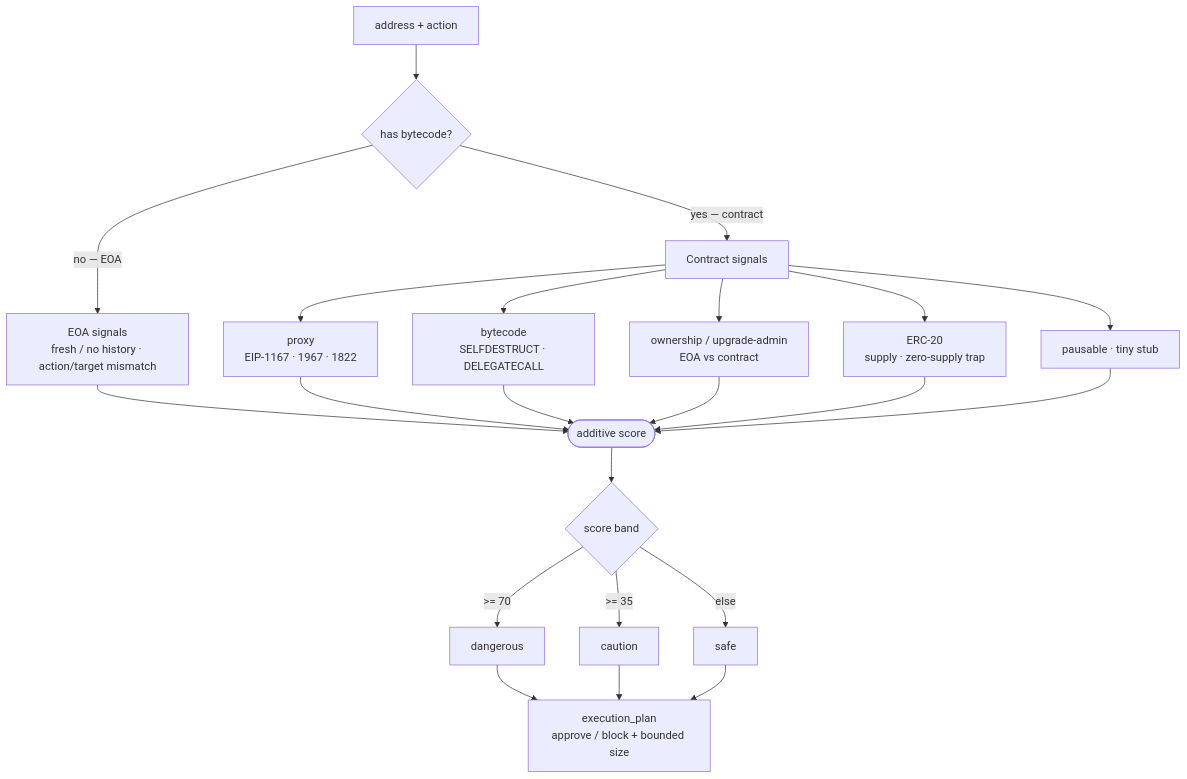
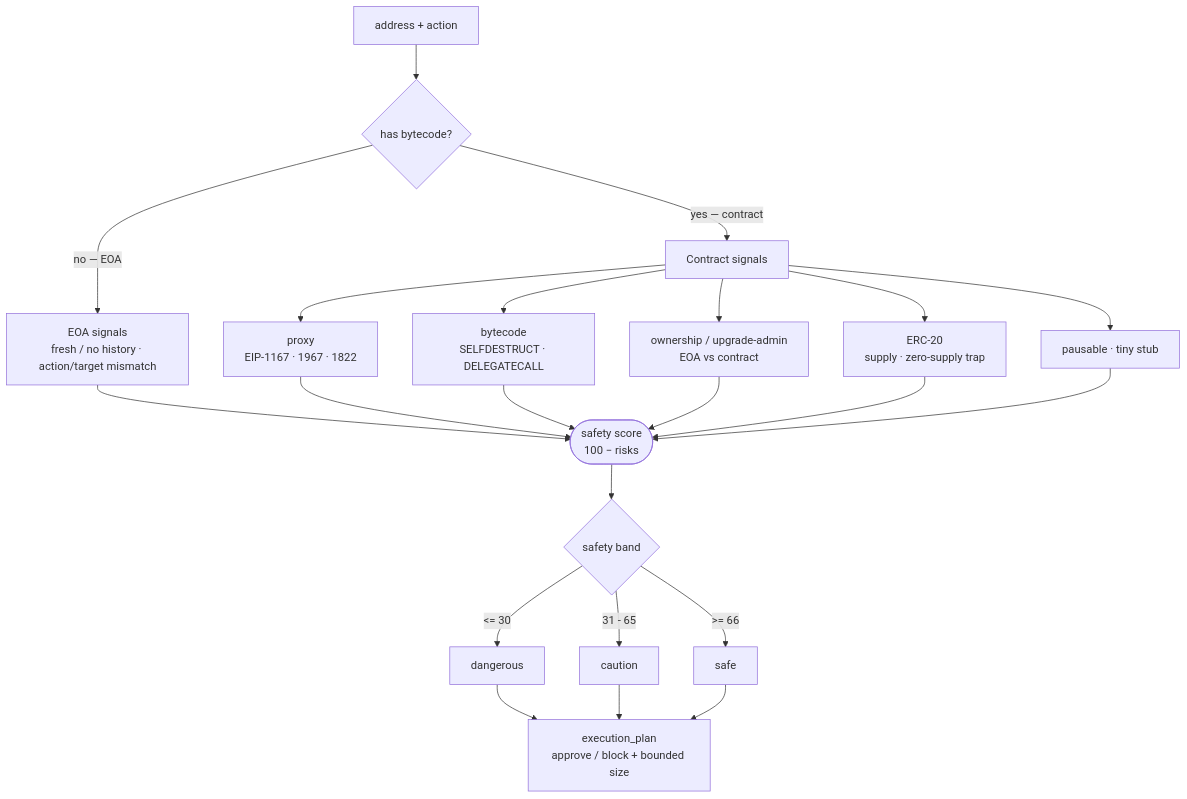
One commit to mattcrypted/pharos-sentinel changed the third of 3 diagrams in README.md. Above: the diagram before and after it, drawn with Mermaid. The commit also changed other lines of this file and 4 other files, not shown here.

Commit message:
Flip scoring to a 0-100 safety score (100=safest)

````diff
--- a/README.md
+++ b/README.md
@@ -108,24 +109,24 @@
 ```mermaid
 flowchart TD
     addr["address + action"] --> isC{"has bytecode?"}
     isC -->|"no — EOA"| eoa["EOA signals<br/>fresh / no history · action/target mismatch"]
     isC -->|"yes — contract"| con["Contract signals"]
     con --> px["proxy<br/>EIP-1167 · 1967 · 1822"]
     con --> bc["bytecode<br/>SELFDESTRUCT · DELEGATECALL"]
     con --> own["ownership / upgrade-admin<br/>EOA vs contract"]
     con --> tok["ERC-20<br/>supply · zero-supply trap"]
     con --> st["pausable · tiny stub"]
-    eoa --> sc(["additive score"])
+    eoa --> sc(["safety score<br/>100 − risks"])
     px --> sc
     bc --> sc
     own --> sc
     tok --> sc
     st --> sc
-    sc --> band{"score band"}
-    band -->|">= 70"| dg["dangerous"]
-    band -->|">= 35"| ca["caution"]
-    band -->|"else"| sf["safe"]
+    sc --> band{"safety band"}
+    band -->|"<= 30"| dg["dangerous"]
+    band -->|"31 - 65"| ca["caution"]
+    band -->|">= 66"| sf["safe"]
     dg --> plan["execution_plan<br/>approve / block + bounded size"]
     ca --> plan
     sf --> plan
 ```
````
